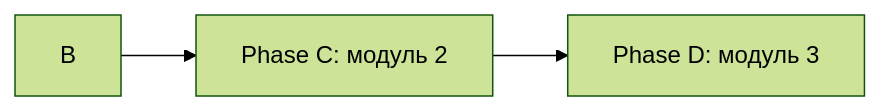
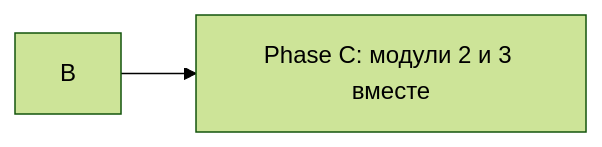
The second of 2 diagrams in workspace/2026/OOP_20261029-184453_RT/HL-OOP_20261029-184453_RT.md (MeltedOperator/OOP_site), drawn with Mermaid (forest theme) before and after one commit. The commit also changed other lines of this file, not shown here.

````diff
--- a/workspace/2026/OOP_20261029-184453_RT/HL-OOP_20261029-184453_RT.md
+++ b/workspace/2026/OOP_20261029-184453_RT/HL-OOP_20261029-184453_RT.md
@@ -109,5 +106,4 @@
 ```mermaid
 graph LR
-  B --> C[Phase C: модуль 2]
-  C --> D[Phase D: модуль 3]
+  B --> C[Phase C: модули 2 и 3 вместе]
 ```
````
